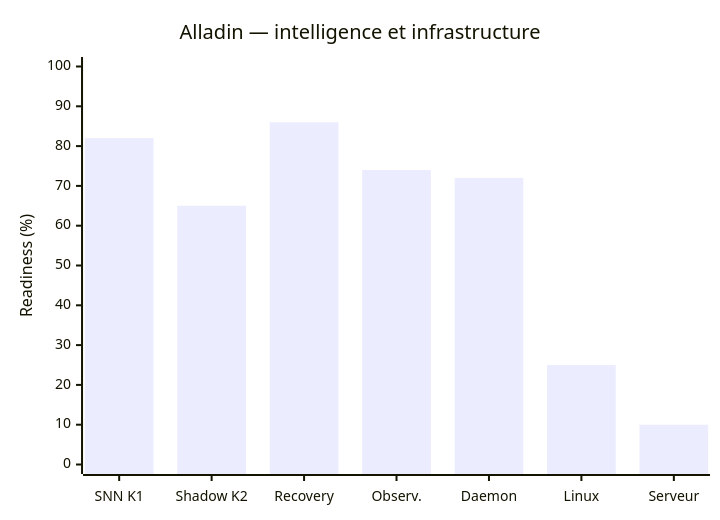
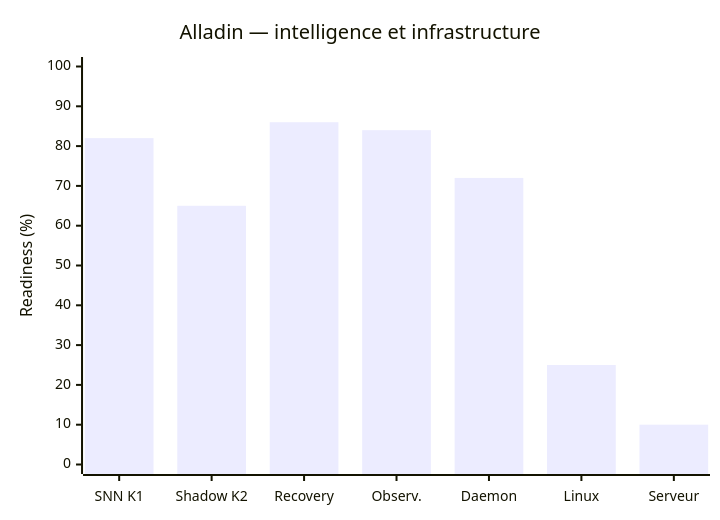
One commit to Monoru1/Alladin changed the second of 3 diagrams in docs/AUTONOMY_PROGRESS.md. Above: the diagram before and after it, drawn with Mermaid. The commit also changed other lines of this file, not shown here.

````diff
--- a/docs/AUTONOMY_PROGRESS.md
+++ b/docs/AUTONOMY_PROGRESS.md
@@ -75,7 +75,7 @@
 ```mermaid
 xychart-beta
     title "Alladin — intelligence et infrastructure"
     x-axis ["SNN K1", "Shadow K2", "Recovery", "Observ.", "Daemon", "Linux", "Serveur"]
     y-axis "Readiness (%)" 0 --> 100
-    bar [82, 65, 86, 74, 72, 25, 10]
+    bar [82, 65, 86, 84, 72, 25, 10]
 ```
````
